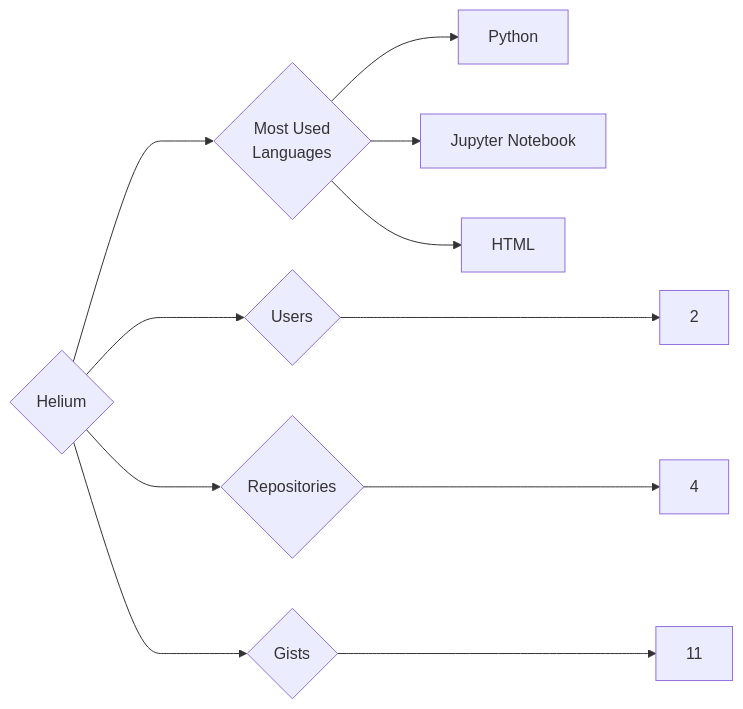
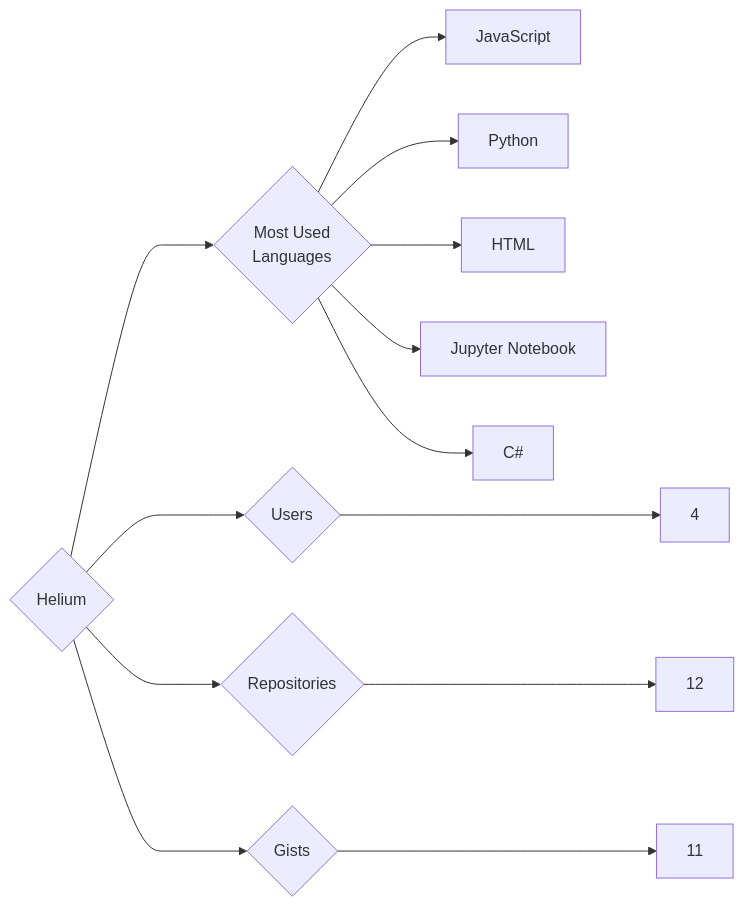
One commit to trickest/insiders changed the diagram in targets/Helium/README.md. Above: the diagram before and after it, drawn with Mermaid. The commit also changed 1003 other files, not shown here.

````diff
--- a/targets/Helium/README.md
+++ b/targets/Helium/README.md
@@ -3,11 +3,13 @@
 ```mermaid
 graph LR
 COMPANY_NAME{Helium}
-COMPANY_NAME ---> U{Users} ---> UN[2]
-COMPANY_NAME ---> R{Repositories} ---> RN[4]
+COMPANY_NAME ---> U{Users} ---> UN[4]
+COMPANY_NAME ---> R{Repositories} ---> RN[12]
 COMPANY_NAME ---> G{Gists} ---> GN[11]
 COMPANY_NAME ---> ML{Most Used<br>Languages}
+ML --> JavaScript[JavaScript]
 ML --> Python[Python]
+ML --> HTML[HTML]
 ML --> Jupyter_Notebook[Jupyter Notebook]
-ML --> HTML[HTML]
+ML --> C#[C#]
 ```
````
